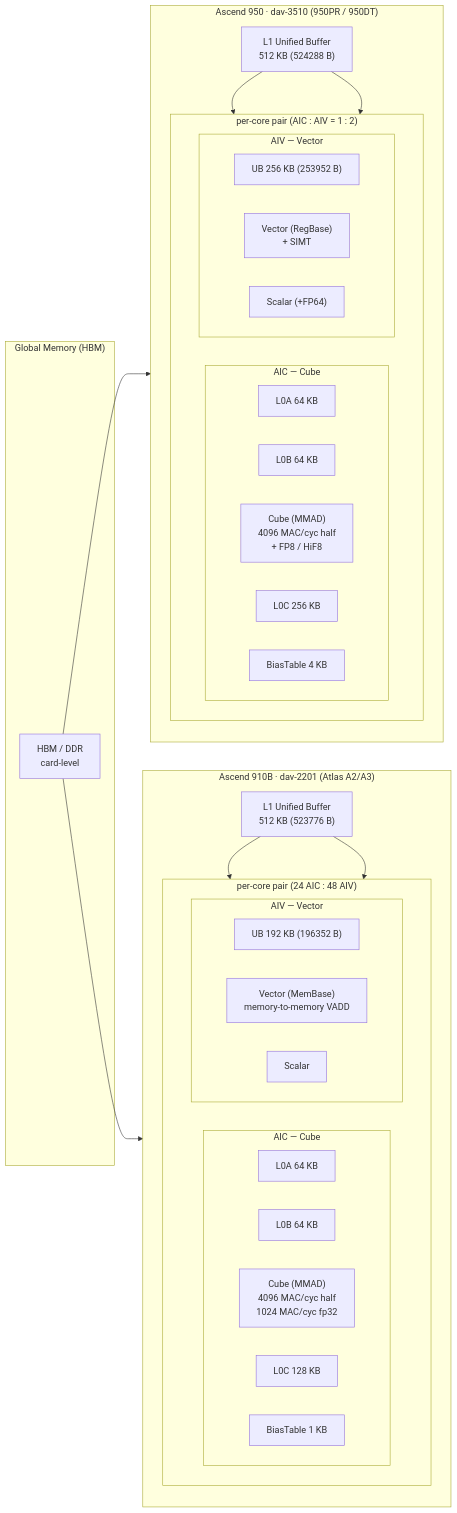
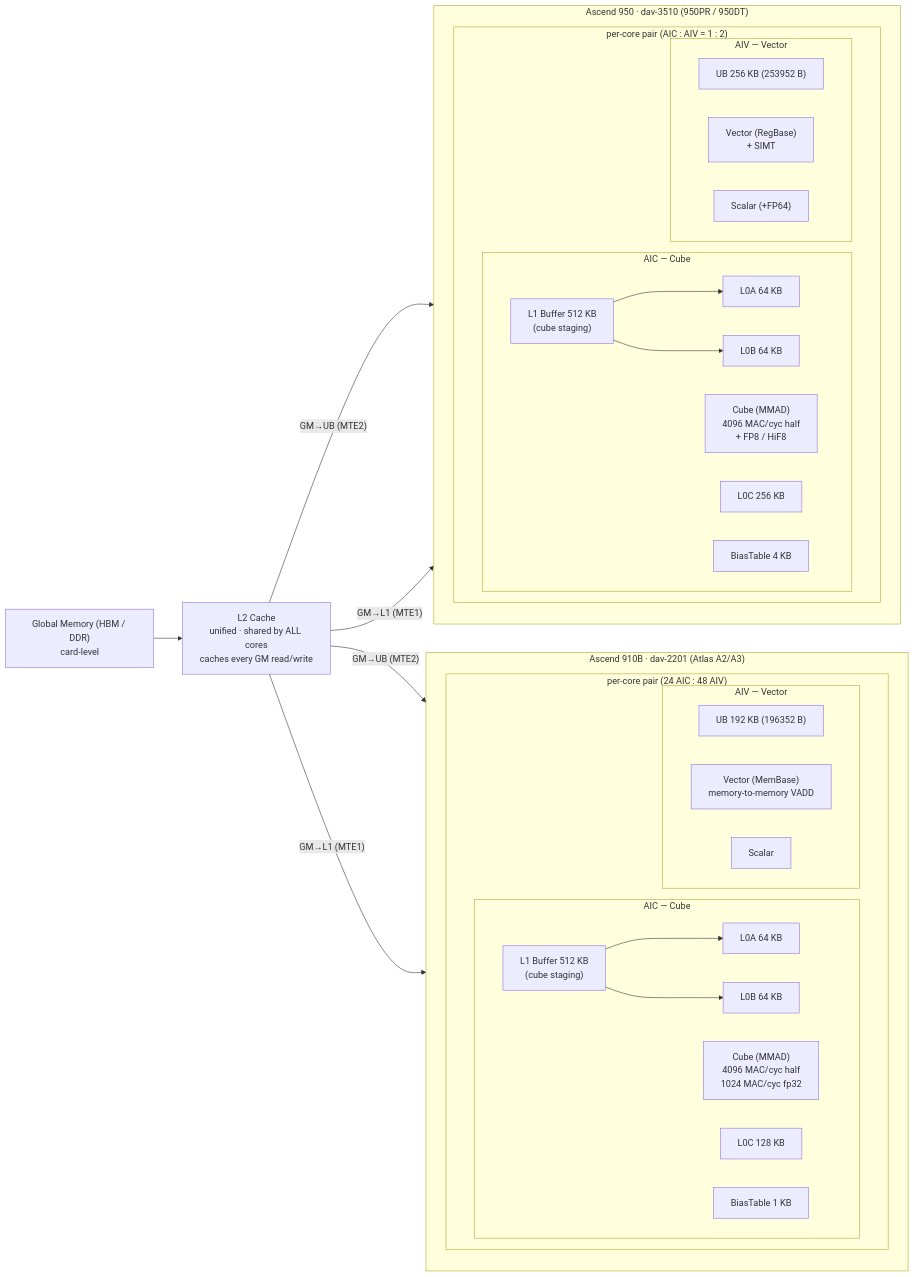
Before and after one commit to jansenin/ascend-test: the first of 7 diagrams in docs/reports/11-arch-characteristics.md, drawn with Mermaid. The commit also changed other lines of this file and 1 other file, not shown here.

First line of the commit message:
Fix memory hierarchy: L2 is the unified cache, L1 is per-cube staging

````diff
--- a/docs/reports/11-arch-characteristics.md
+++ b/docs/reports/11-arch-characteristics.md
@@ -28,53 +28,56 @@
 ```mermaid
 flowchart LR
-    subgraph HBM["Global Memory (HBM)"]
-        GM["HBM / DDR<br/>card-level"]
-    end
+    GM["Global Memory (HBM / DDR)<br/>card-level"]
+
+    L2["L2 Cache<br/>unified · shared by ALL cores<br/>caches every GM read/write"]
 
     subgraph D2201["Ascend 910B · dav-2201 (Atlas A2/A3)"]
         direction TB
-        L1A["L1 Unified Buffer<br/>512 KB (523776 B)"]
         subgraph C2201["per-core pair (24 AIC : 48 AIV)"]
             direction LR
             subgraph AIC1["AIC — Cube"]
+                L1A["L1 Buffer 512 KB<br/>(cube staging)"]
                 L0A1["L0A 64 KB"]
                 L0B1["L0B 64 KB"]
                 MMAD1["Cube (MMAD)<br/>4096 MAC/cyc half<br/>1024 MAC/cyc fp32"]
                 L0C1["L0C 128 KB"]
                 BT1["BiasTable 1 KB"]
             end
             subgraph AIV1["AIV — Vector"]
                 UB1["UB 192 KB (196352 B)"]
                 VEC1["Vector (MemBase)<br/>memory-to-memory VADD"]
                 SC1["Scalar"]
             end
         end
     end
 
     subgraph D3510["Ascend 950 · dav-3510 (950PR / 950DT)"]
         direction TB
-        L1B["L1 Unified Buffer<br/>512 KB (524288 B)"]
         subgraph C3510["per-core pair (AIC : AIV = 1 : 2)"]
             direction LR
             subgraph AIC2["AIC — Cube"]
+                L1B["L1 Buffer 512 KB<br/>(cube staging)"]
                 L0A2["L0A 64 KB"]
                 L0B2["L0B 64 KB"]
                 MMAD2["Cube (MMAD)<br/>4096 MAC/cyc half<br/>+ FP8 / HiF8"]
                 L0C2["L0C 256 KB"]
                 BT2["BiasTable 4 KB"]
             end
             subgraph AIV2["AIV — Vector"]
                 UB2["UB 256 KB (253952 B)"]
                 VEC2["Vector (RegBase)<br/>+ SIMT"]
                 SC2["Scalar (+FP64)"]
             end
         end
     end
 
-    GM --> L1A
-    GM --> L1B
-    L1A --> AIC1
-    L1A --> AIV1
-    L1B --> AIC2
-    L1B --> AIV2
+    GM --> L2
+    L2 -->|"GM→UB (MTE2)"| UB1
+    L2 -->|"GM→UB (MTE2)"| UB2
+    L2 -->|"GM→L1 (MTE1)"| L1A
+    L2 -->|"GM→L1 (MTE1)"| L1B
+    L1A --> L0A1
+    L1A --> L0B1
+    L1B --> L0A2
+    L1B --> L0B2
 ```
````
